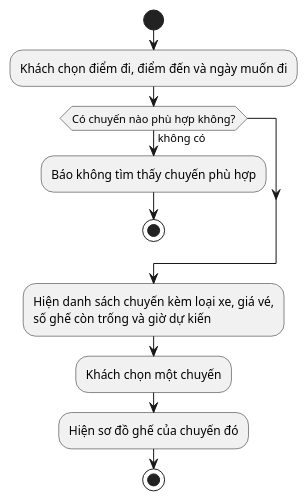
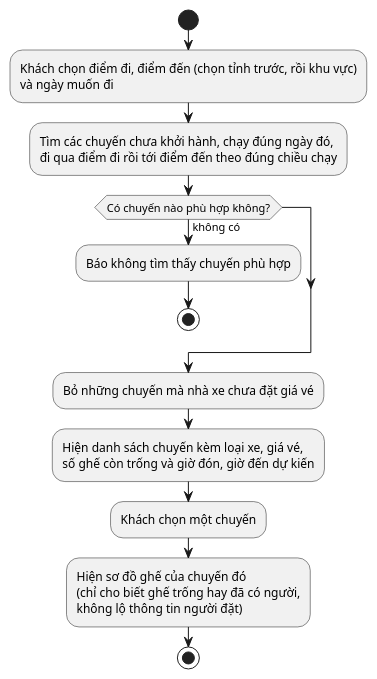
Diagram 12 of 53 in UML_DIAGRAMS.md (nguyenvietanhit19/Project1_HeThongQuanLyNhaXeKhachLienTinh), drawn with PlantUML before and after one commit. The commit also changed other lines of this file and 316 other files, not shown here.

````diff
--- a/UML_DIAGRAMS.md
+++ b/UML_DIAGRAMS.md
@@ -389,14 +398,16 @@
 ```plantuml
 @startuml AD_UC04_TraCuu
 start
-:Khách chọn điểm đi, điểm đến và ngày muốn đi;
+:Khách chọn điểm đi, điểm đến (chọn tỉnh trước, rồi khu vực)\nvà ngày muốn đi;
+:Tìm các chuyến chưa khởi hành, chạy đúng ngày đó,\nđi qua điểm đi rồi tới điểm đến theo đúng chiều chạy;
 if (Có chuyến nào phù hợp không?) then (không có)
   :Báo không tìm thấy chuyến phù hợp;
   stop
 endif
-:Hiện danh sách chuyến kèm loại xe, giá vé,\nsố ghế còn trống và giờ dự kiến;
+:Bỏ những chuyến mà nhà xe chưa đặt giá vé;
+:Hiện danh sách chuyến kèm loại xe, giá vé,\nsố ghế còn trống và giờ đón, giờ đến dự kiến;
 :Khách chọn một chuyến;
-:Hiện sơ đồ ghế của chuyến đó;
+:Hiện sơ đồ ghế của chuyến đó\n(chỉ cho biết ghế trống hay đã có người,\nkhông lộ thông tin người đặt);
 stop
 @enduml
 ```
````
